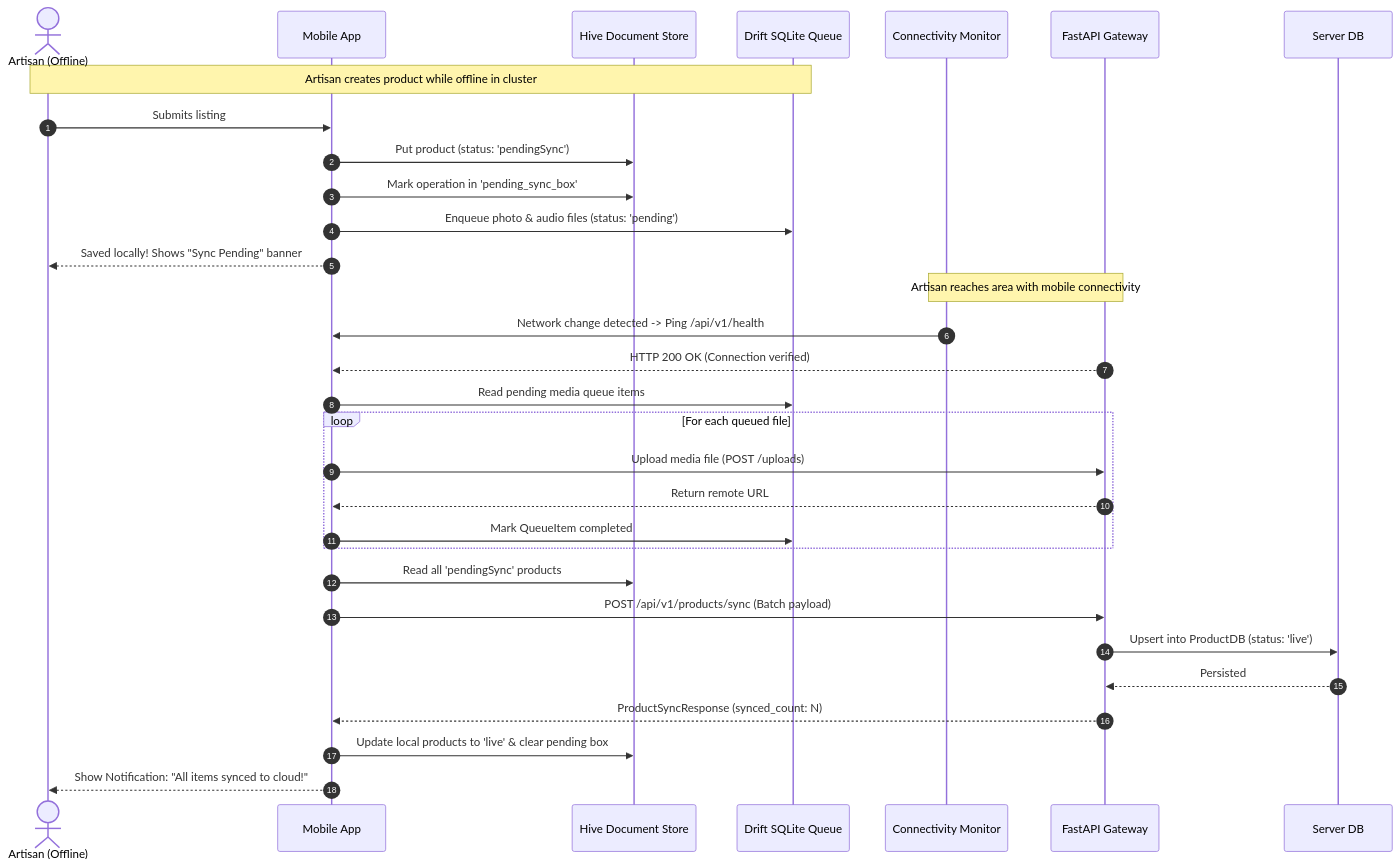
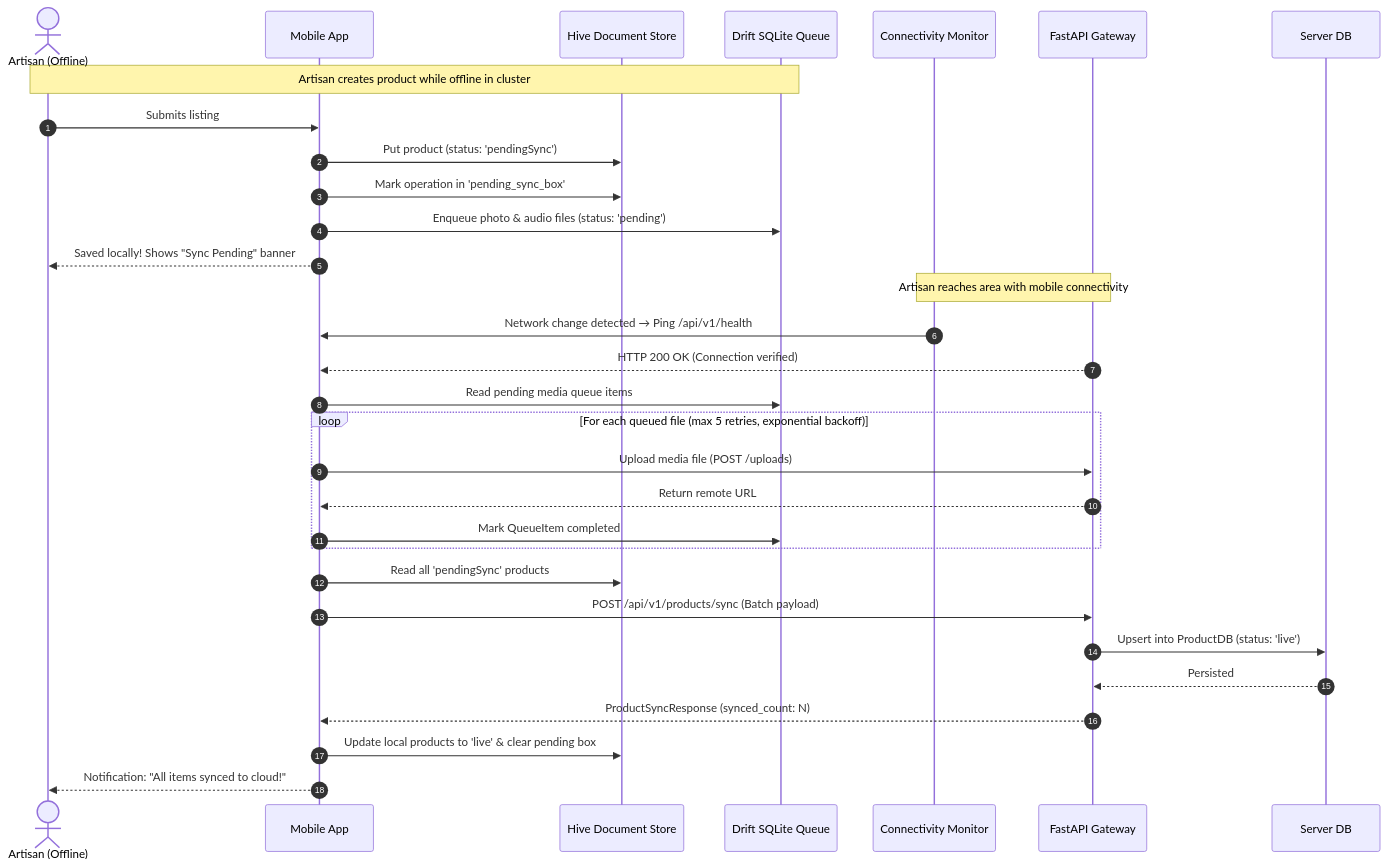
Before and after one commit to kan9667/kalasetu: the tenth of 10 diagrams in docs/ARCHITECTURE.md, drawn with Mermaid. The commit also changed other lines of this file and 1 other file, not shown here.

First line of the commit message:
docs: consolidate ARCHITECTURE.md as single source of truth

````diff
--- a/docs/ARCHITECTURE.md
+++ b/docs/ARCHITECTURE.md
@@ -595,37 +1151,37 @@
 ```mermaid
 sequenceDiagram
     autonumber
     actor Artisan as Artisan (Offline)
     participant App as Mobile App
     participant Hive as Hive Document Store
     participant Drift as Drift SQLite Queue
     participant Net as Connectivity Monitor
     participant API as FastAPI Gateway
     participant DB as Server DB
 
     Note over Artisan,Drift: Artisan creates product while offline in cluster
     Artisan->>App: Submits listing
     App->>Hive: Put product (status: 'pendingSync')
     App->>Hive: Mark operation in 'pending_sync_box'
     App->>Drift: Enqueue photo & audio files (status: 'pending')
     App-->>Artisan: Saved locally! Shows "Sync Pending" banner
 
     Note over Net,API: Artisan reaches area with mobile connectivity
-    Net->>App: Network change detected -> Ping /api/v1/health
+    Net->>App: Network change detected → Ping /api/v1/health
     API-->>App: HTTP 200 OK (Connection verified)
 
     App->>Drift: Read pending media queue items
-    loop For each queued file
+    loop For each queued file (max 5 retries, exponential backoff)
         App->>API: Upload media file (POST /uploads)
         API-->>App: Return remote URL
         App->>Drift: Mark QueueItem completed
     end
 
     App->>Hive: Read all 'pendingSync' products
     App->>API: POST /api/v1/products/sync (Batch payload)
     API->>DB: Upsert into ProductDB (status: 'live')
     DB-->>API: Persisted
     API-->>App: ProductSyncResponse (synced_count: N)
     App->>Hive: Update local products to 'live' & clear pending box
-    App-->>Artisan: Show Notification: "All items synced to cloud!"
+    App-->>Artisan: Notification: "All items synced to cloud!"
 ```
````
